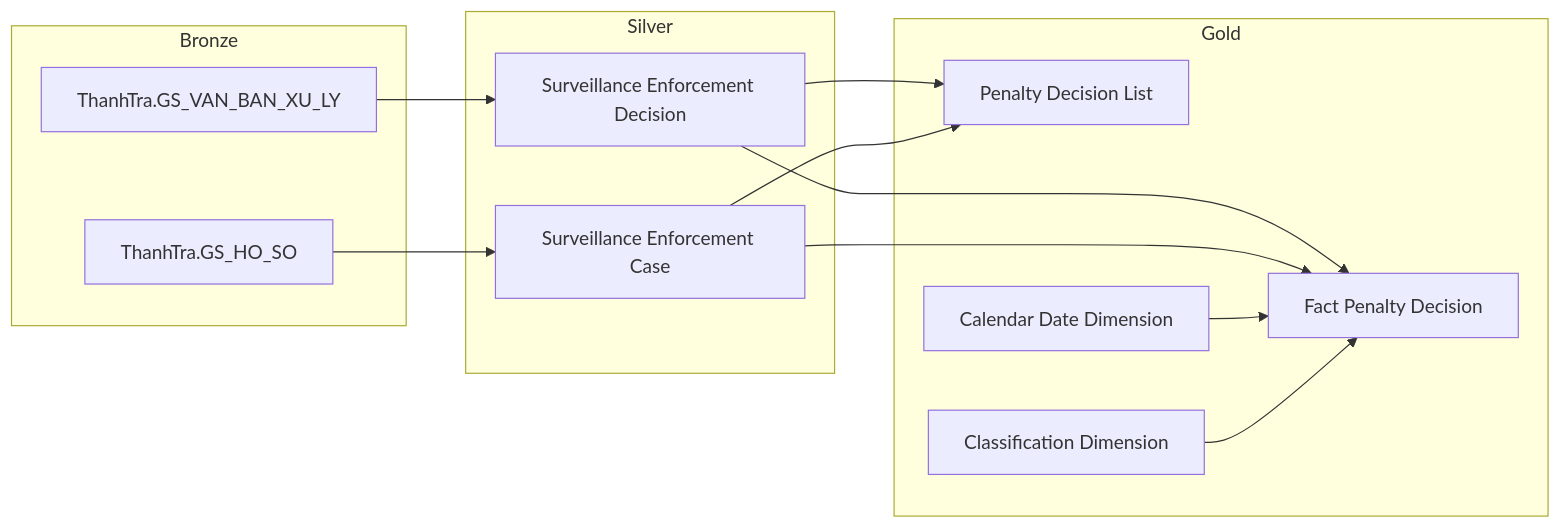
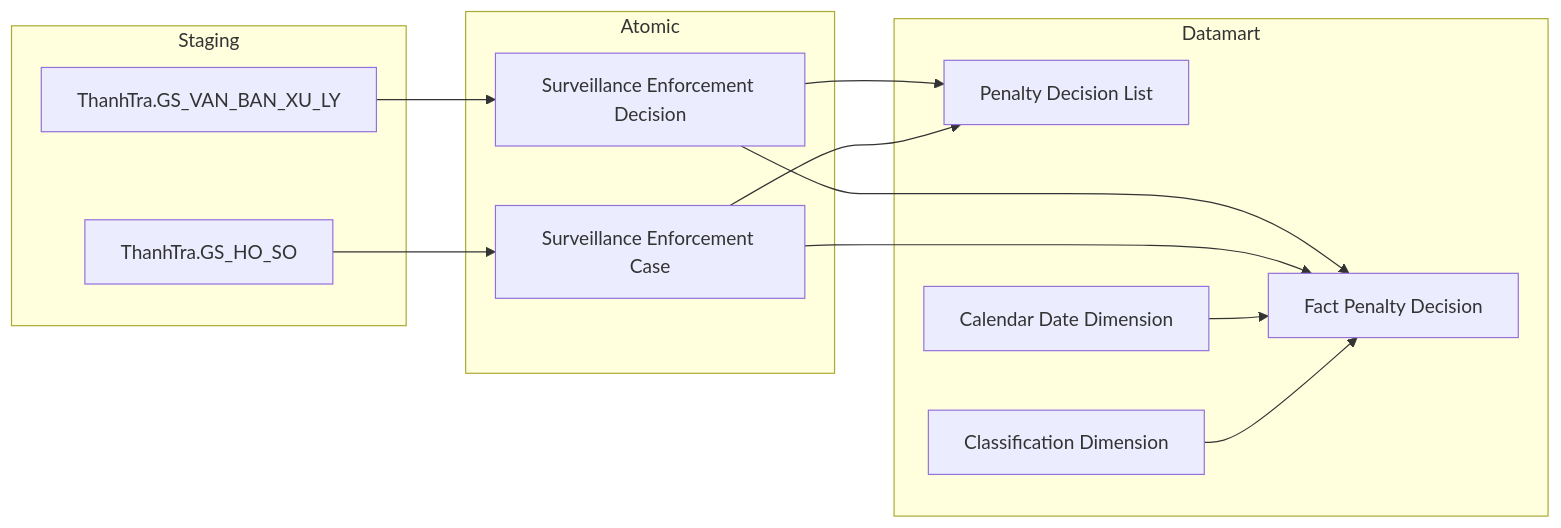
Before and after one commit to linhlvit/ubck_atomic_design: the third of 25 diagrams in Gold/hld/GOLD_TT_HLD.md, drawn with Mermaid. The commit also changed other lines of this file and 8 other files, not shown here.

````diff
--- a/Gold/hld/GOLD_TT_HLD.md
+++ b/Gold/hld/GOLD_TT_HLD.md
@@ -97,32 +97,32 @@
 ```mermaid
 flowchart LR
-    subgraph SRC["Bronze"]
+    subgraph SRC["Staging"]
         S1["ThanhTra.GS_VAN_BAN_XU_LY"]
         S2["ThanhTra.GS_HO_SO"]
     end
 
-    subgraph SIL["Silver"]
+    subgraph SIL["Atomic"]
         SV1["Surveillance Enforcement Decision"]
         SV2["Surveillance Enforcement Case"]
     end
 
-    subgraph GOLD["Gold"]
+    subgraph GOLD["Datamart"]
         G2["Fact Penalty Decision"]
         G1["Penalty Decision List"]
         G3["Calendar Date Dimension"]
         G4["Classification Dimension"]
     end
 
     S1 --> SV1
     S2 --> SV2
 
     SV1 --> G2
     SV2 --> G2
     SV1 --> G1
     SV2 --> G1
 
     SV2 ~~~ G3
 
     G3 --> G2
     G4 --> G2
 ```
````
